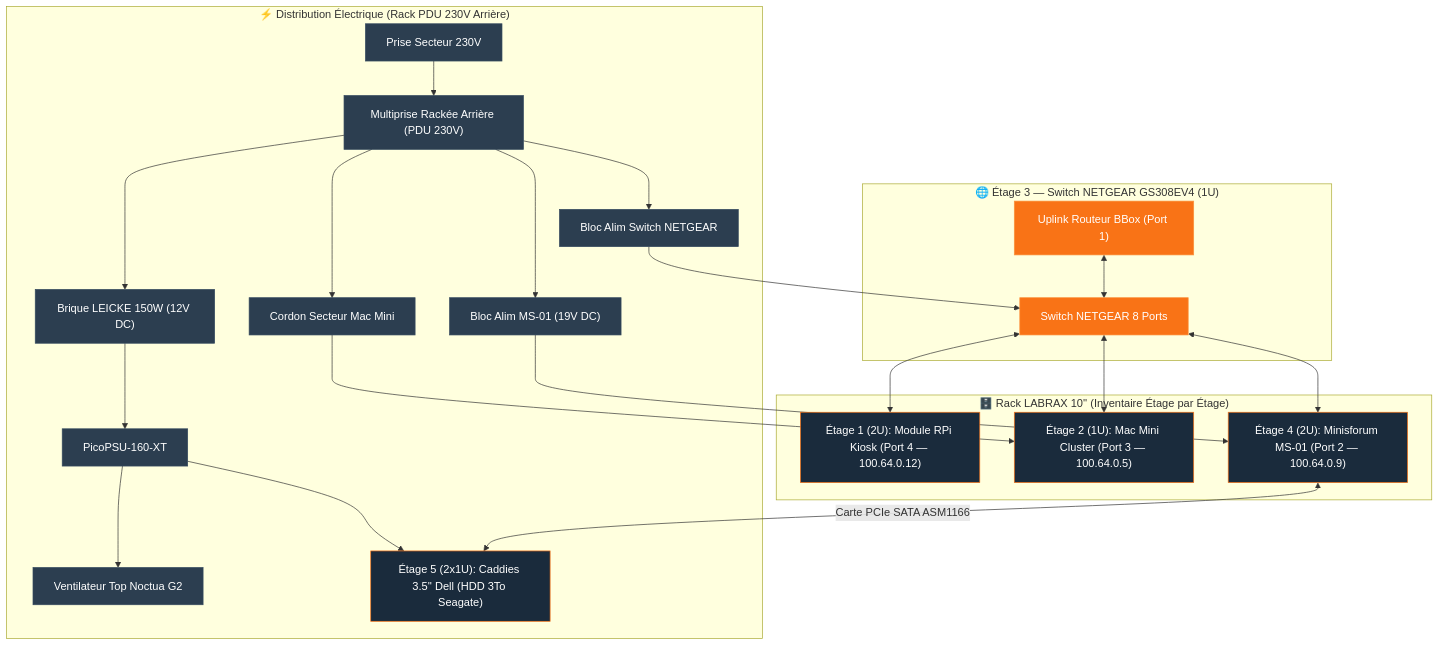
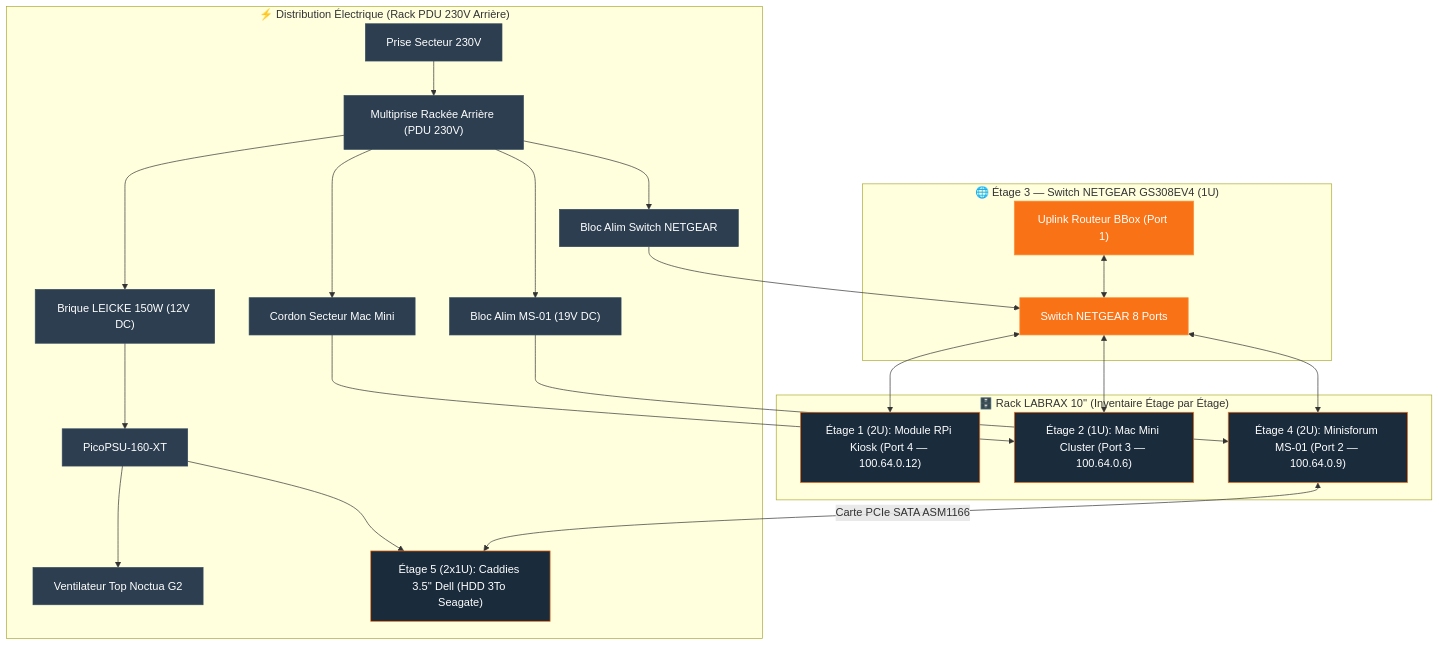
One commit to ims-world/docs changed the diagram in infrastructure/labrax.md. Above: the diagram before and after it, drawn with Mermaid. The commit also changed other lines of this file and 7 other files, not shown here.

Commit message:
docs: mise a jour de l'IP Tailscale du Mac Mini (100.64.0.6) sur l'ensemble de la documentation et des schemas

````diff
--- a/infrastructure/labrax.md
+++ b/infrastructure/labrax.md
@@ -61,54 +61,54 @@
 ```mermaid
 graph TB
     subgraph POWER_DIST ["⚡ Distribution Électrique (Rack PDU 230V Arrière)"]
         SECTEUR["Prise Secteur 230V"]
         PDU["Multiprise Rackée Arrière (PDU 230V)"]
         
         LEICKE["Brique LEICKE 150W (12V DC)"]
         PICO["PicoPSU-160-XT"]
         FAN["Ventilateur Top Noctua G2"]
         
         ALIM_SWITCH["Bloc Alim Switch NETGEAR"]
         ALIM_MS01["Bloc Alim MS-01 (19V DC)"]
         ALIM_MAC["Cordon Secteur Mac Mini"]
 
         SECTEUR --> PDU
         PDU --> LEICKE
         LEICKE --> PICO
         PICO --> FAN
         PICO --> HDD_DISKS
 
         PDU --> ALIM_SWITCH
         PDU --> ALIM_MS01
         PDU --> ALIM_MAC
     end
 
     subgraph SWITCH ["🌐 Étage 3 — Switch NETGEAR GS308EV4 (1U)"]
         NETGEAR["Switch NETGEAR 8 Ports"]
         BBOX["Uplink Routeur BBox (Port 1)"]
         BBOX <--> NETGEAR
         ALIM_SWITCH --> NETGEAR
     end
 
     subgraph SLOTS ["🗄️ Rack LABRAX 10'' (Inventaire Étage par Étage)"]
         RPI["Étage 1 (2U): Module RPi Kiosk (Port 4 — 100.64.0.12)"]
-        MAC_MINI["Étage 2 (1U): Mac Mini Cluster (Port 3 — 100.64.0.5)"]
+        MAC_MINI["Étage 2 (1U): Mac Mini Cluster (Port 3 — 100.64.0.6)"]
         MS01["Étage 4 (2U): Minisforum MS-01 (Port 2 — 100.64.0.9)"]
         HDD_DISKS["Étage 5 (2x1U): Caddies 3.5'' Dell (HDD 3To Seagate)"]
     end
 
     ALIM_MS01 --> MS01
     ALIM_MAC --> MAC_MINI
 
     NETGEAR <--> MS01
     NETGEAR <--> MAC_MINI
     NETGEAR <--> RPI
     MS01 <-->|Carte PCIe SATA ASM1166| HDD_DISKS
 
     classDef pwr fill:#2c3e50,stroke:#34495e,color:#fff;
     classDef net fill:#F97316,stroke:#FB923C,color:#fff;
     classDef node fill:#1a2b3c,stroke:#F97316,color:#fff;
     class SECTEUR,PDU,LEICKE,PICO,FAN,ALIM_SWITCH,ALIM_MS01,ALIM_MAC pwr;
     class NETGEAR,BBOX net;
     class MS01,MAC_MINI,RPI,HDD_DISKS node;
 ```
````
